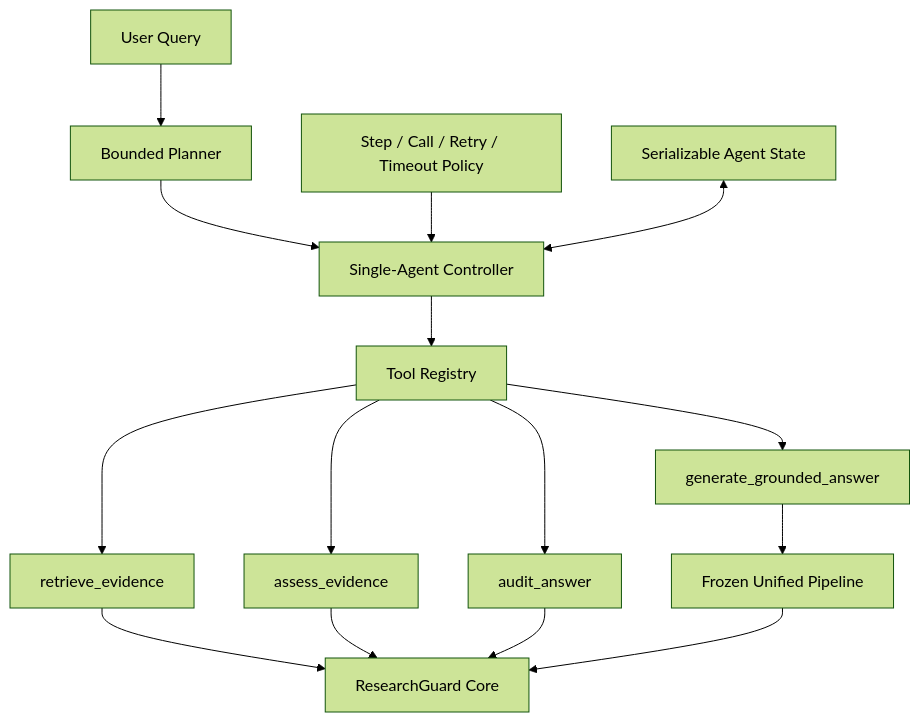
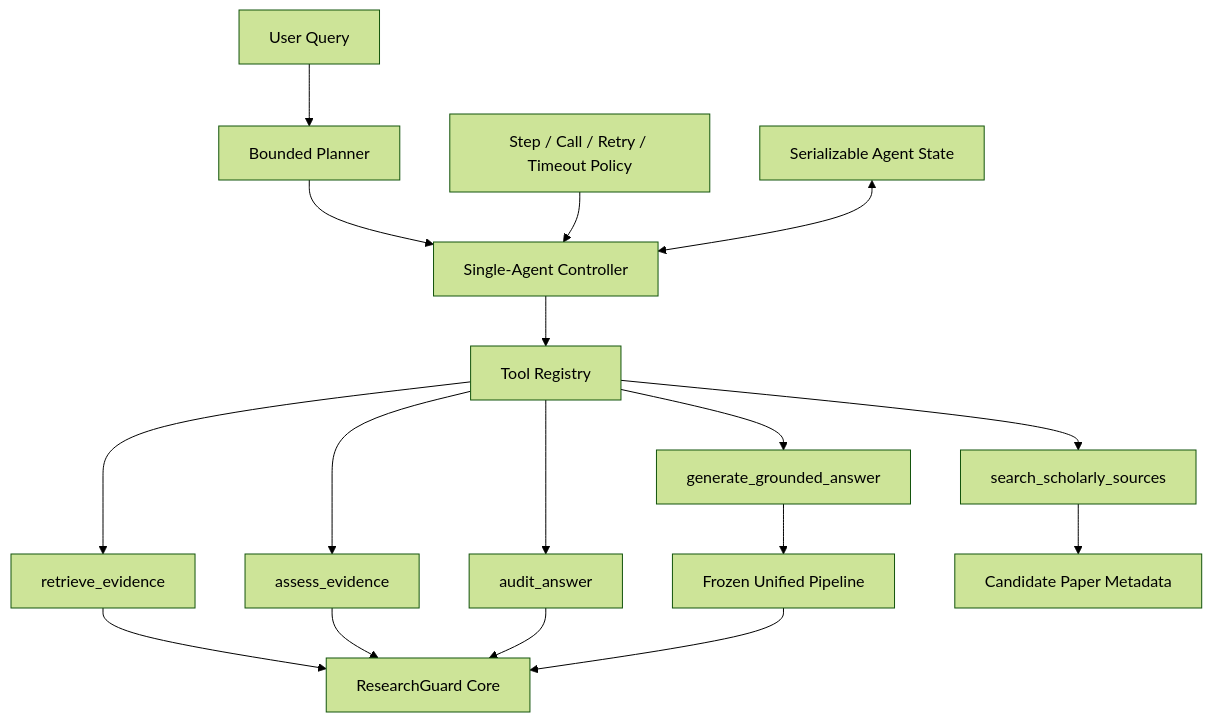
The second of 2 diagrams in README.md (Xzh1844963039/ResearchGuard-Agent), drawn with Mermaid (forest theme) before and after one commit. The commit also changed other lines of this file and 19 other files, not shown here.

````diff
--- a/README.md
+++ b/README.md
@@ -35,17 +35,19 @@
 ```mermaid
 flowchart TD
     Query["User Query"] --> Planner["Bounded Planner"]
     Planner --> Controller["Single-Agent Controller"]
     Policy["Step / Call / Retry / Timeout Policy"] --> Controller
     State["Serializable Agent State"] <--> Controller
     Controller --> Registry["Tool Registry"]
     Registry --> RetrievalTool["retrieve_evidence"]
     Registry --> EvidenceTool["assess_evidence"]
     Registry --> AnswerTool["generate_grounded_answer"]
     Registry --> AuditTool["audit_answer"]
+    Registry --> ScholarTool["search_scholarly_sources"]
     RetrievalTool --> Core["ResearchGuard Core"]
     EvidenceTool --> Core
     AnswerTool --> Pipeline["Frozen Unified Pipeline"]
     AuditTool --> Core
+    ScholarTool --> Candidates["Candidate Paper Metadata"]
     Pipeline --> Core
 ```
````
